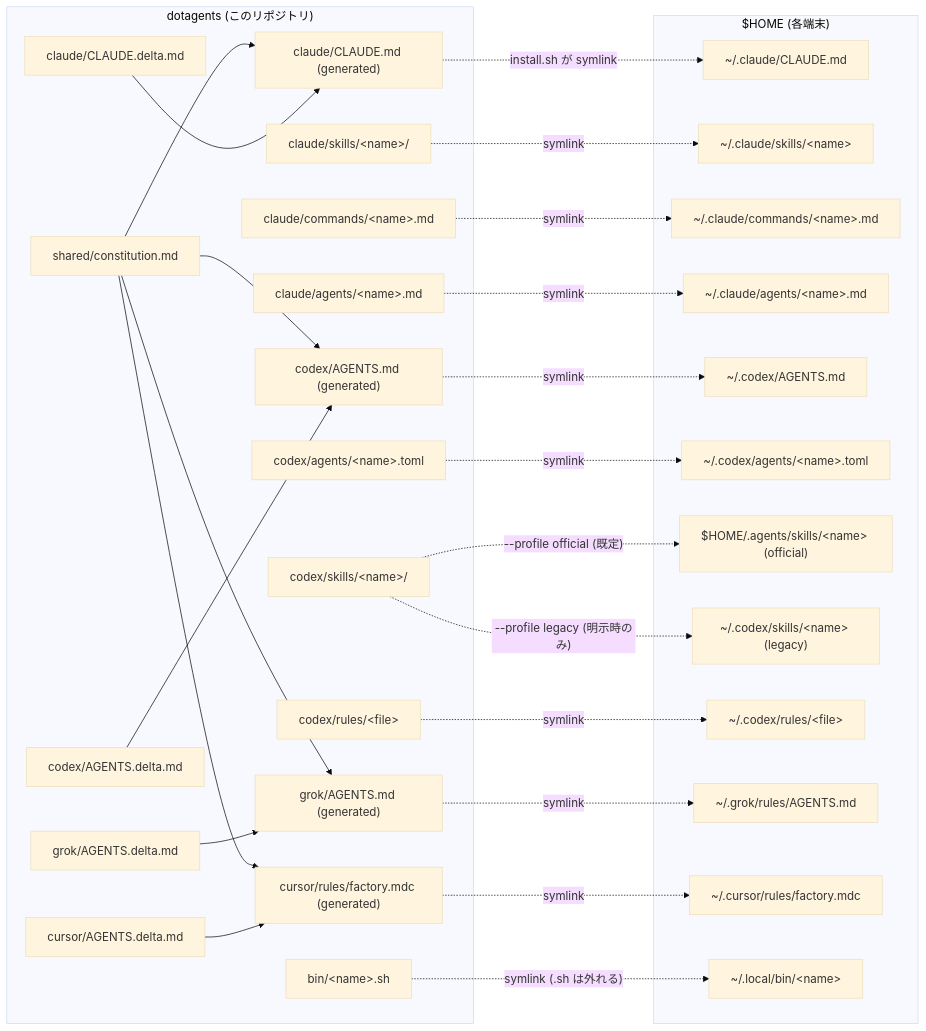
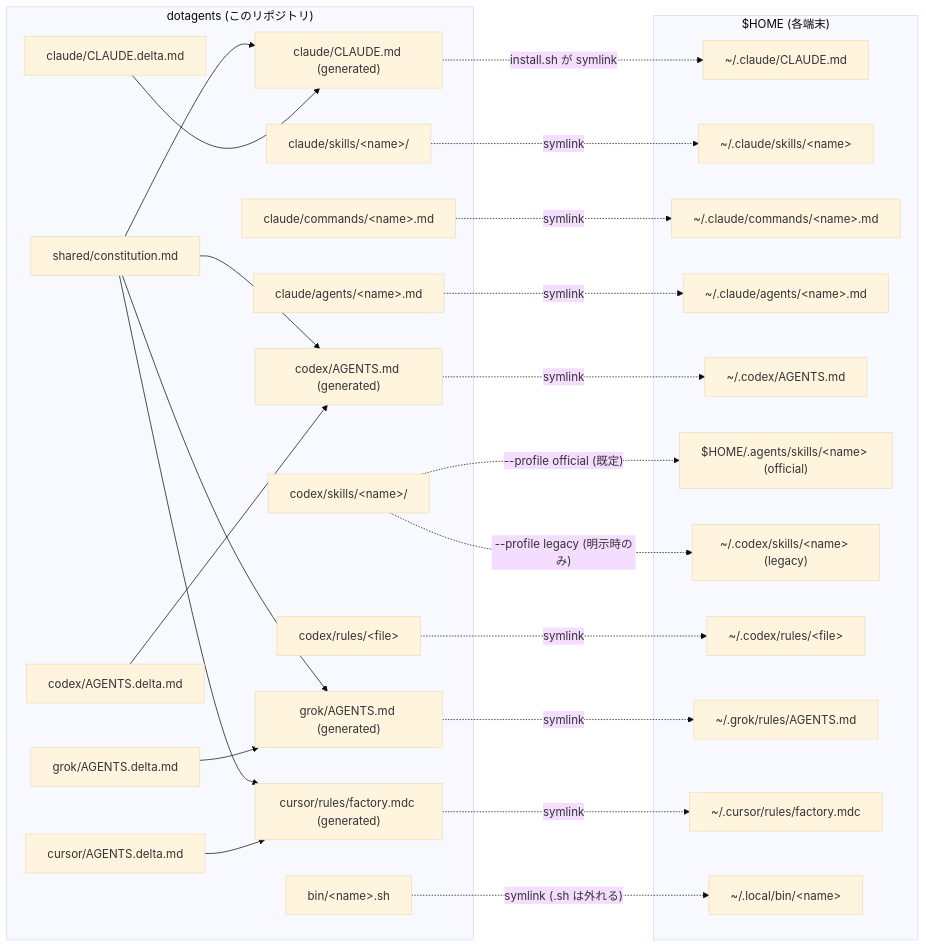
Before and after one commit to kitepon/dotagents: the diagram in README.md, drawn with Mermaid (base theme). The commit also changed other lines of this file and 23 other files, not shown here.

````diff
--- a/README.md
+++ b/README.md
@@ -46,55 +45,52 @@
 ```mermaid
 flowchart LR
   subgraph repo["dotagents (このリポジトリ)"]
     common["shared/constitution.md"]
     cdelta["claude/CLAUDE.delta.md"]
     xdelta["codex/AGENTS.delta.md"]
     gdelta["grok/AGENTS.delta.md"]
     kdelta["cursor/AGENTS.delta.md"]
     gcm["claude/CLAUDE.md (generated)"]
     cs["claude/skills/&lt;name&gt;/"]
     cc["claude/commands/&lt;name&gt;.md"]
     ca["claude/agents/&lt;name&gt;.md"]
     xam["codex/AGENTS.md (generated)"]
-    xca["codex/agents/&lt;name&gt;.toml"]
     xs["codex/skills/&lt;name&gt;/"]
     xr["codex/rules/&lt;file&gt;"]
     gam["grok/AGENTS.md (generated)"]
     kam["cursor/rules/factory.mdc (generated)"]
     bin["bin/&lt;name&gt;.sh"]
   end
   subgraph home["$HOME (各端末)"]
     hgcm["~/.claude/CLAUDE.md"]
     hcs["~/.claude/skills/&lt;name&gt;"]
     hcc["~/.claude/commands/&lt;name&gt;.md"]
     hca["~/.claude/agents/&lt;name&gt;.md"]
     hxam["~/.codex/AGENTS.md"]
-    hxca["~/.codex/agents/&lt;name&gt;.toml"]
     hxs["$HOME/.agents/skills/&lt;name&gt; (official)"]
     hxsl["~/.codex/skills/&lt;name&gt; (legacy)"]
     hxr["~/.codex/rules/&lt;file&gt;"]
     hgam["~/.grok/rules/AGENTS.md"]
     hkam["~/.cursor/rules/factory.mdc"]
     hbin["~/.local/bin/&lt;name&gt;"]
   end
   common --> gcm
   cdelta --> gcm
   common --> xam
   xdelta --> xam
   common --> gam
   gdelta --> gam
   common --> kam
   kdelta --> kam
   gcm -. "install.sh が symlink" .-> hgcm
   cs -. symlink .-> hcs
   cc -. symlink .-> hcc
   ca -. symlink .-> hca
   xam -. symlink .-> hxam
-  xca -. symlink .-> hxca
   xs -. "--profile official (既定)" .-> hxs
   xs -. "--profile legacy (明示時のみ)" .-> hxsl
   xr -. symlink .-> hxr
   gam -. symlink .-> hgam
   kam -. symlink .-> hkam
   bin -. "symlink (.sh は外れる)" .-> hbin
 ```
````
